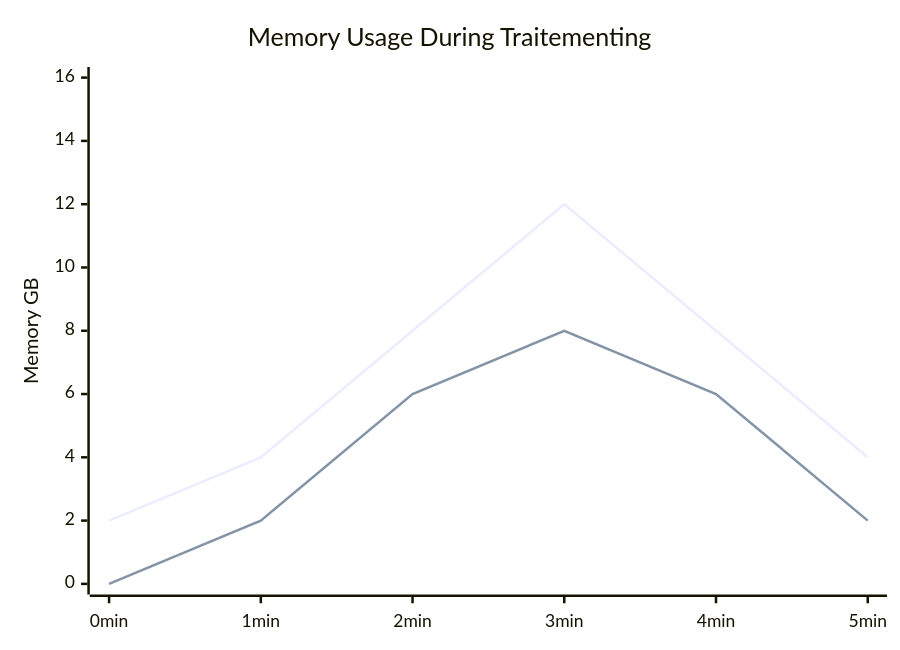
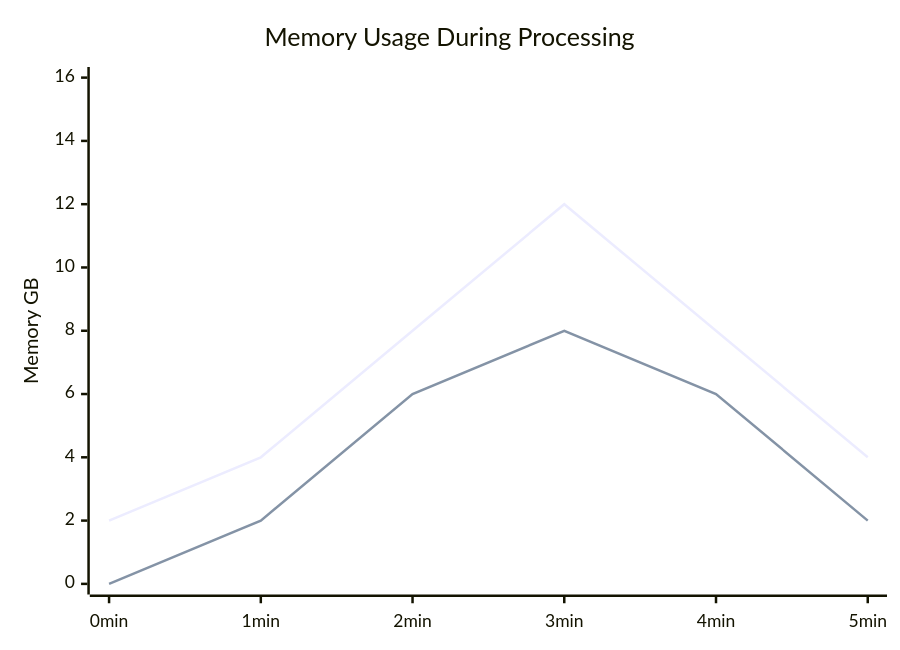
One commit to sducournau/IGN_LIDAR_HD_DATASET changed the fourth of 12 diagrams in website/i18n/fr/docusaurus-plugin-content-docs/current/mermaid-reference.md. Above: the diagram before and after it, drawn with Mermaid. The commit also changed other lines of this file and 145 other files, not shown here.

````diff
--- a/website/i18n/fr/docusaurus-plugin-content-docs/current/mermaid-reference.md
+++ b/website/i18n/fr/docusaurus-plugin-content-docs/current/mermaid-reference.md
@@ -74,8 +83,8 @@
 ```mermaid
 xychart-beta
-    title "Memory Usage During Traitementing"
+    title "Memory Usage During Processing"
     x-axis [0min, 1min, 2min, 3min, 4min, 5min]
     y-axis "Memory GB" 0 --> 16
     line "RAM Usage" [2, 4, 8, 12, 8, 4]
     line "GPU Memory" [0, 2, 6, 8, 6, 2]
 ```
````
